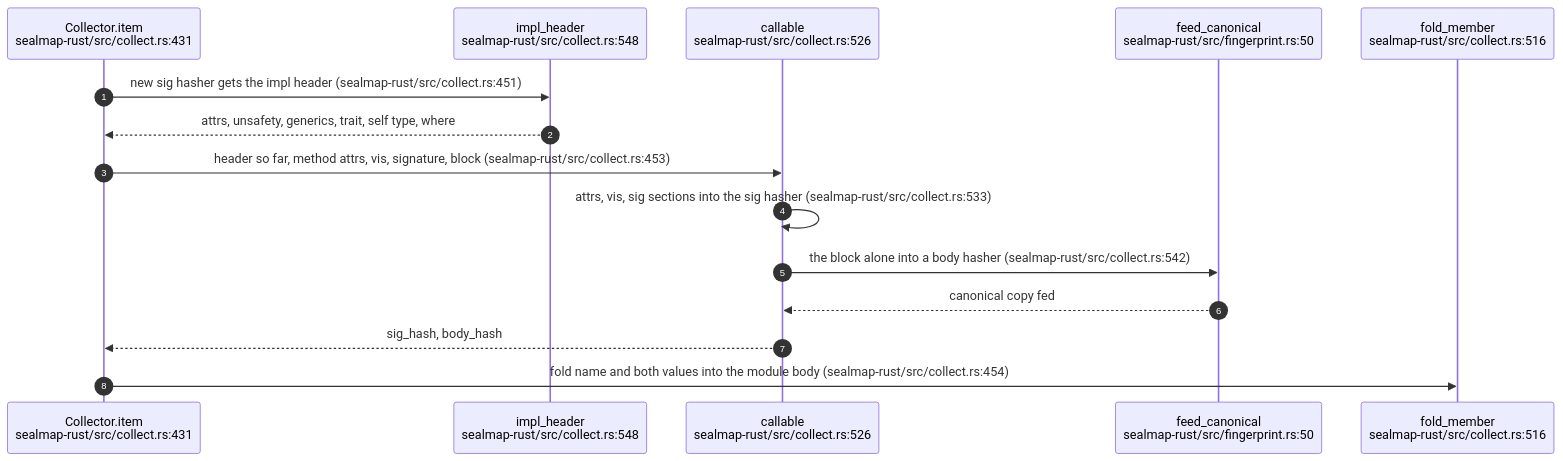
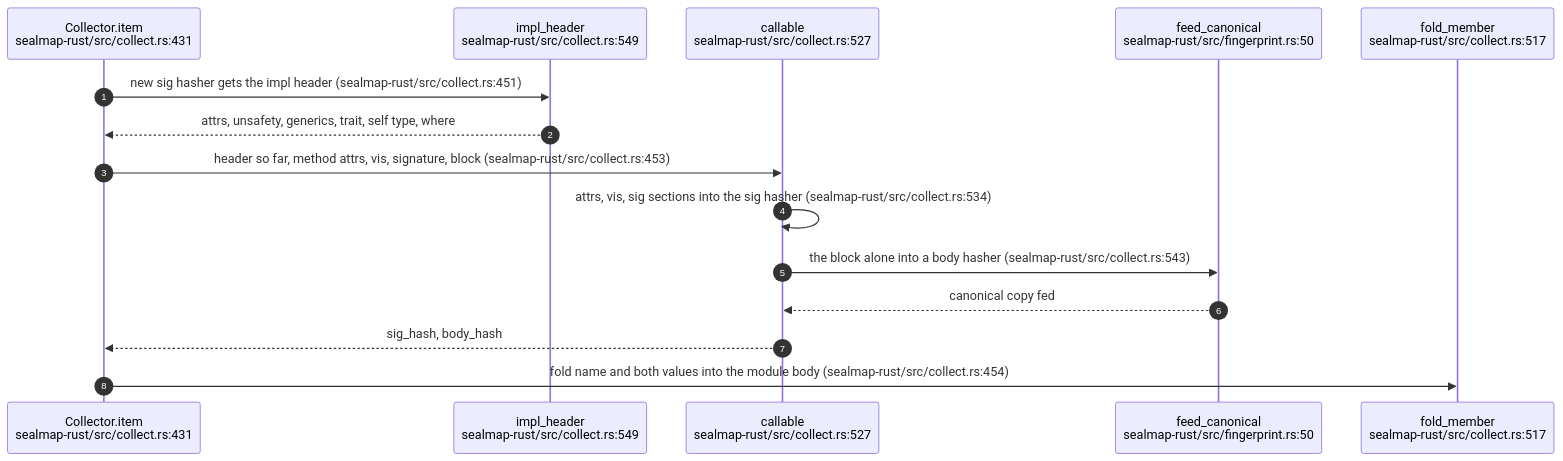
The second of 6 diagrams in docs/diagrams/extract/06-signature-and-body-fingerprints.md (DreamLab-AI/codemaid), drawn with Mermaid before and after one commit. The commit also changed other lines of this file and 21 other files, not shown here.

````diff
--- a/docs/diagrams/extract/06-signature-and-body-fingerprints.md
+++ b/docs/diagrams/extract/06-signature-and-body-fingerprints.md
@@ -97,17 +97,17 @@
 ```mermaid
 sequenceDiagram
     autonumber
     participant IT as Collector.item<br/>sealmap-rust/src/collect.rs:431
-    participant IH as impl_header<br/>sealmap-rust/src/collect.rs:548
-    participant CA as callable<br/>sealmap-rust/src/collect.rs:526
+    participant IH as impl_header<br/>sealmap-rust/src/collect.rs:549
+    participant CA as callable<br/>sealmap-rust/src/collect.rs:527
     participant FD as feed_canonical<br/>sealmap-rust/src/fingerprint.rs:50
-    participant FM as fold_member<br/>sealmap-rust/src/collect.rs:516
+    participant FM as fold_member<br/>sealmap-rust/src/collect.rs:517
     IT->>IH: new sig hasher gets the impl header (sealmap-rust/src/collect.rs:451)
     IH-->>IT: attrs, unsafety, generics, trait, self type, where
     IT->>CA: header so far, method attrs, vis, signature, block (sealmap-rust/src/collect.rs:453)
-    CA->>CA: attrs, vis, sig sections into the sig hasher (sealmap-rust/src/collect.rs:533)
-    CA->>FD: the block alone into a body hasher (sealmap-rust/src/collect.rs:542)
+    CA->>CA: attrs, vis, sig sections into the sig hasher (sealmap-rust/src/collect.rs:534)
+    CA->>FD: the block alone into a body hasher (sealmap-rust/src/collect.rs:543)
     FD-->>CA: canonical copy fed
     CA-->>IT: sig_hash, body_hash
     IT->>FM: fold name and both values into the module body (sealmap-rust/src/collect.rs:454)
 ```
````
